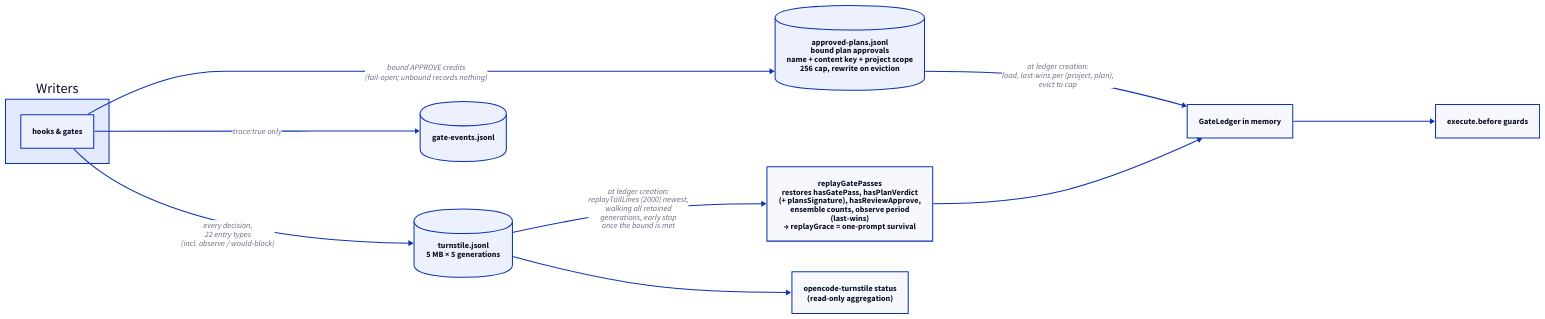
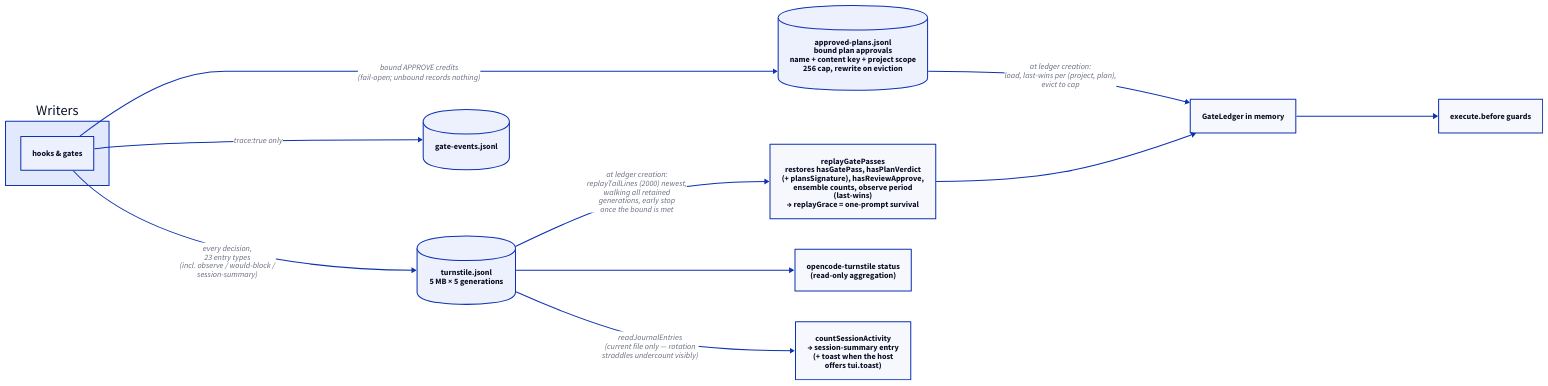
Before and after one commit to edseabolt/turnstile: the diagram in docs/diagrams/d05-persistence.d2, drawn with D2. The commit also changed 22 other files, not shown here.

Commit message:
feat(summary): session-end summary line at session.idle (#177)

```diff
--- a/docs/diagrams/d05-persistence.d2
+++ b/docs/diagrams/d05-persistence.d2
@@ -1,29 +1,31 @@
 direction: right
 
 writers: "Writers" {
   hooks: "hooks & gates"
 }
 
 jsonl: "turnstile.jsonl\n5 MB × 5 generations" {
   shape: cylinder
 }
 trace: "gate-events.jsonl" {
   shape: cylinder
 }
 approval: "approved-plans.jsonl\nbound plan approvals\nname + content key + project scope\n256 cap, rewrite on eviction" {
   shape: cylinder
 }
 
 replay: "replayGatePasses\nrestores hasGatePass, hasPlanVerdict\n(+ plansSignature), hasReviewApprove,\nensemble counts, observe period\n(last-wins)\n→ replayGrace = one-prompt survival"
 ledger: "GateLedger in memory"
 enforce: "execute.before guards"
 cli: "opencode-turnstile status\n(read-only aggregation)"
 
-writers.hooks -> jsonl: "every decision,\n22 entry types\n(incl. observe / would-block)"
+writers.hooks -> jsonl: "every decision,\n23 entry types\n(incl. observe / would-block /\nsession-summary)"
 writers.hooks -> trace: "trace:true only"
 writers.hooks -> approval: "bound APPROVE credits\n(fail-open; unbound records nothing)"
 approval -> ledger: "at ledger creation:\nload, last-wins per (project, plan),\nevict to cap"
 jsonl -> replay: "at ledger creation:\nreplayTailLines (2000) newest,\nwalking all retained\ngenerations, early stop\nonce the bound is met"
 replay -> ledger
 ledger -> enforce
 jsonl -> cli
+jsonl -> summary: "readJournalEntries\n(current file only — rotation\nstraddles undercount visibly)"
+summary: "countSessionActivity\n→ session-summary entry\n(+ toast when the host\noffers tui.toast)"
```
